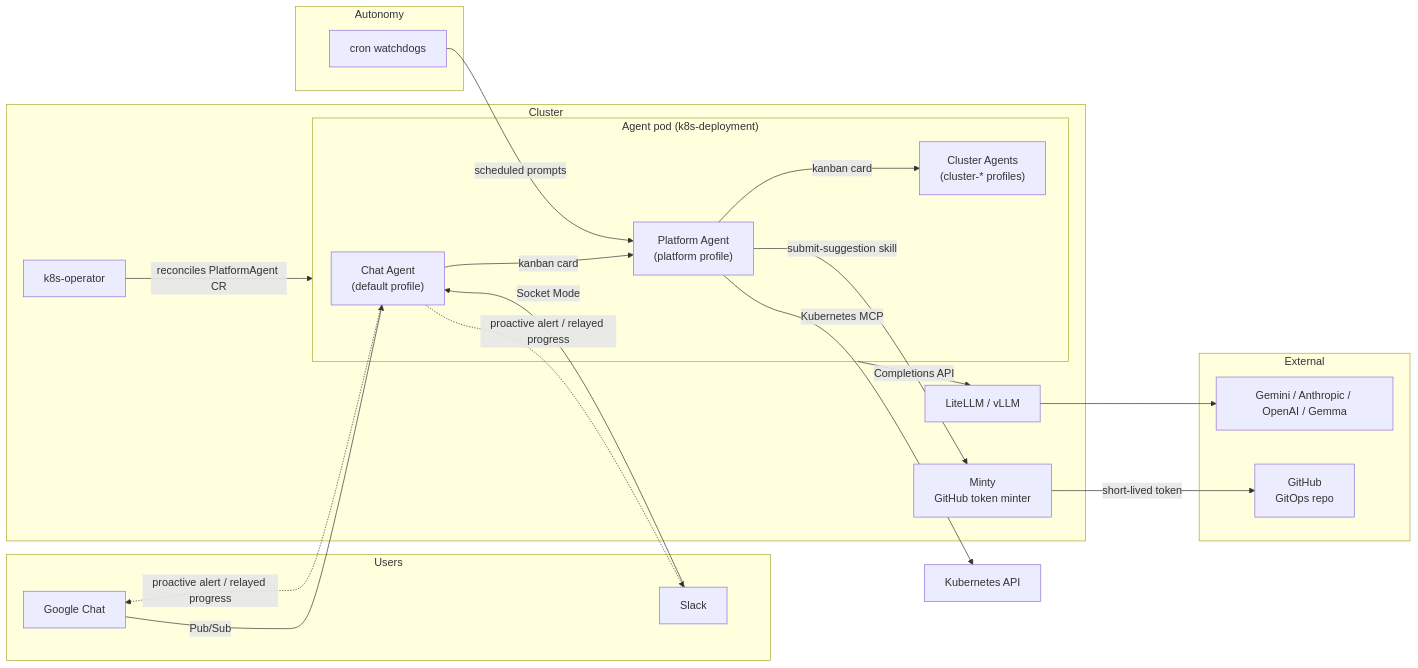
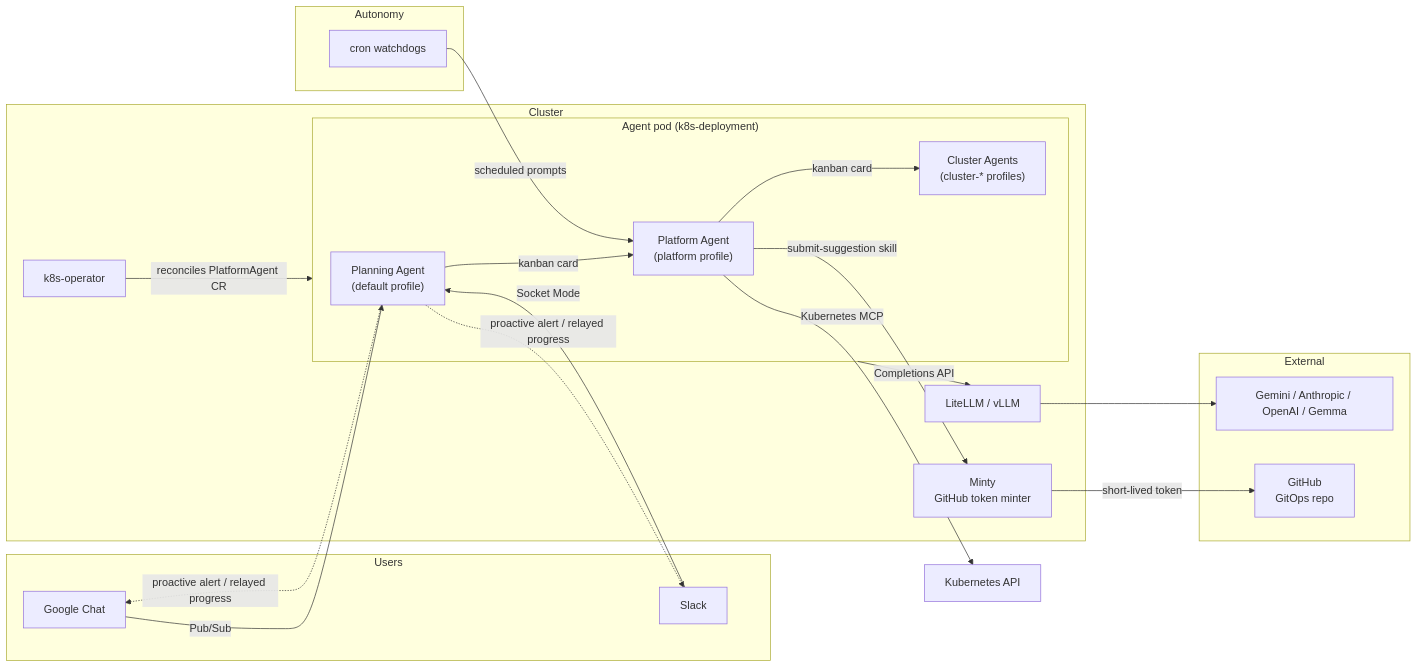
One commit to bradhoekstra/kube-agents changed the diagram in docs/site/src/content/docs/index.mdx. Above: the diagram before and after it, drawn with Mermaid. The commit also changed other lines of this file and 34 other files, not shown here.

````diff
--- a/docs/site/src/content/docs/index.mdx
+++ b/docs/site/src/content/docs/index.mdx
@@ -79,41 +79,41 @@
 ```mermaid
 flowchart LR
     subgraph Users
         GC[Google Chat]
         SL[Slack]
     end
 
     subgraph Autonomy
         CR[cron watchdogs]
     end
 
     subgraph Cluster
         OP[k8s-operator]
         subgraph Pod["Agent pod (k8s-deployment)"]
-            CA["Chat Agent<br/>(default profile)"]
+            CA["Planning Agent<br/>(default profile)"]
             PA["Platform Agent<br/>(platform profile)"]
             CL["Cluster Agents<br/>(cluster-* profiles)"]
         end
         LM[LiteLLM / vLLM]
         MT[Minty<br/>GitHub token minter]
     end
 
     subgraph External
         LLM[Gemini / Anthropic / OpenAI / Gemma]
         GH[GitHub<br/>GitOps repo]
     end
 
     GC -->|Pub/Sub| CA
     SL -->|Socket Mode| CA
     CA -->|kanban card| PA
     PA -->|kanban card| CL
     CR -->|scheduled prompts| PA
     OP -->|reconciles PlatformAgent CR| Pod
     Pod -->|Completions API| LM
     LM --> LLM
     PA -->|submit-suggestion skill| MT
     MT -->|short-lived token| GH
     PA -->|Kubernetes MCP| K8S[Kubernetes API]
     CA -.->|proactive alert / relayed progress| GC
     CA -.->|proactive alert / relayed progress| SL
 ```
````
